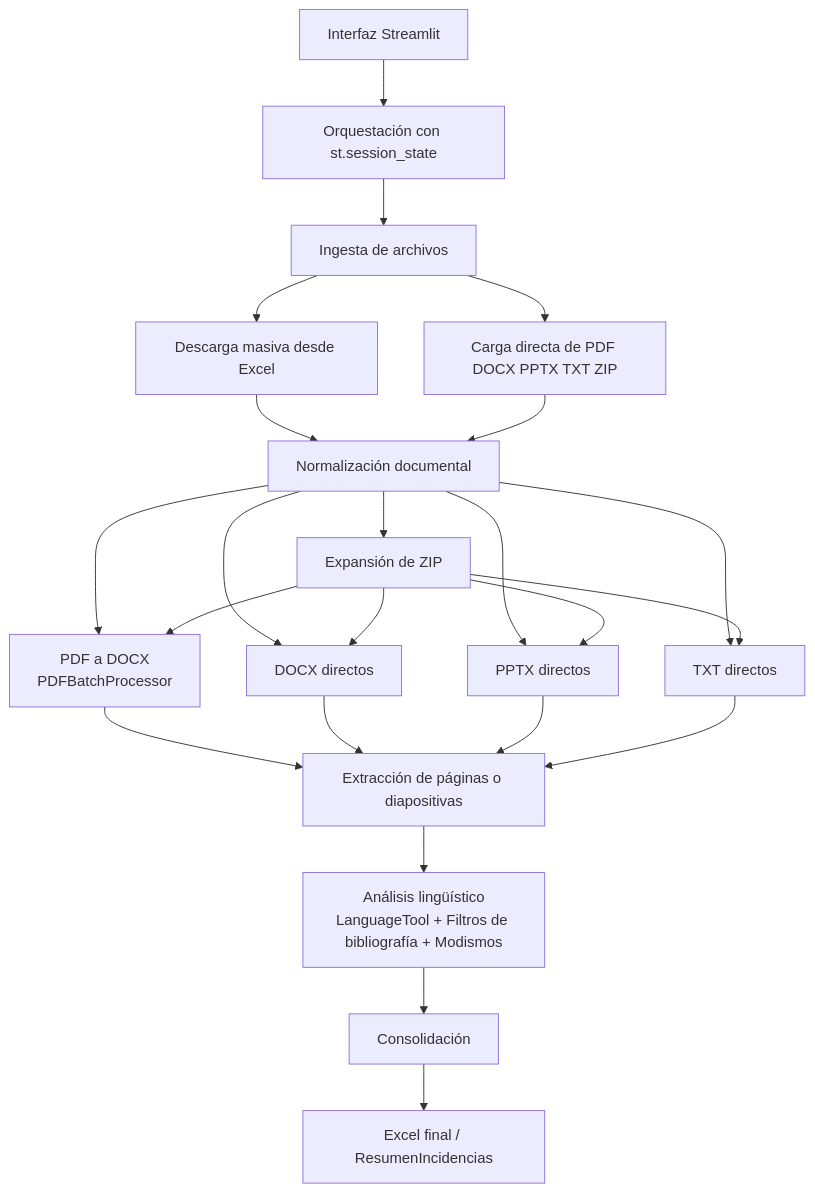
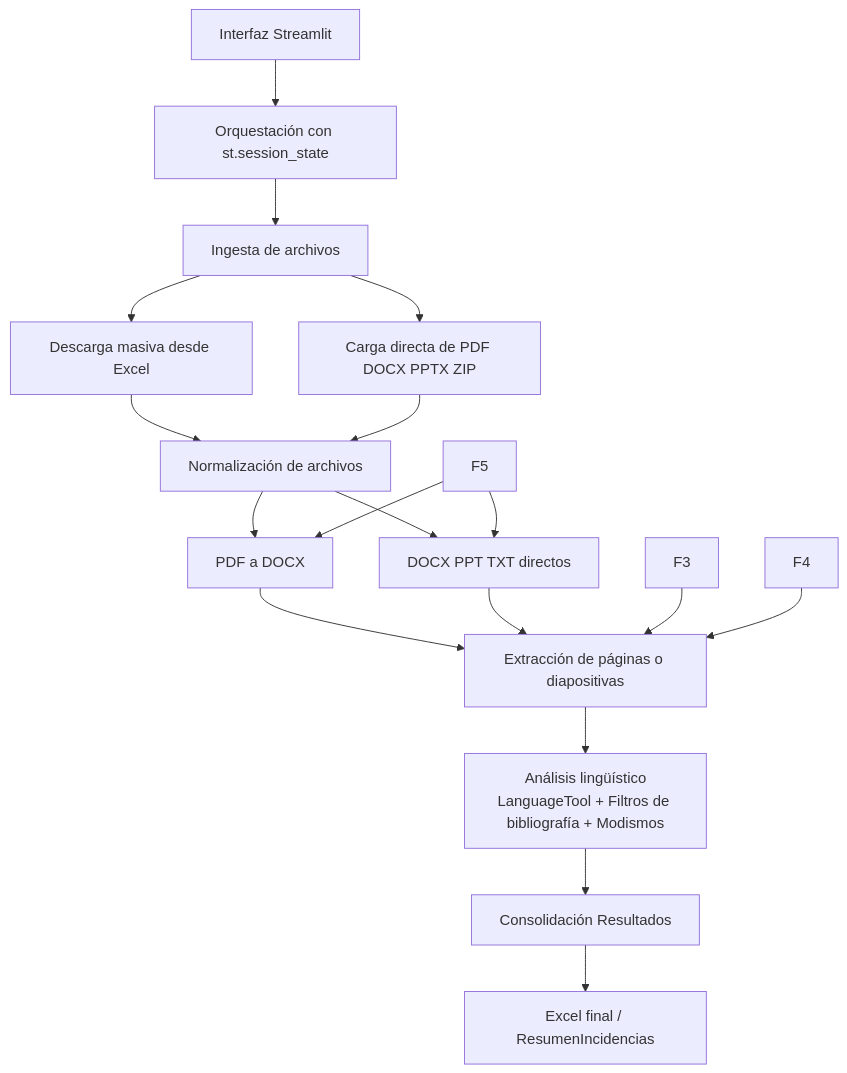
The diagram in README.md (joseluisantunezcondezo/UTP_GrammarScan), drawn with Mermaid before and after one commit.

Commit message:
README.md

````diff
--- a/README.md
+++ b/README.md
@@ -140,27 +140,21 @@
 ```mermaid
 flowchart TD
     A[Interfaz Streamlit] --> B[Orquestación con st.session_state]
     B --> C[Ingesta de archivos]
     C --> D1[Descarga masiva desde Excel]
-    C --> D2[Carga directa de PDF DOCX PPTX TXT ZIP]
-    D1 --> E[Normalización documental]
+    C --> D2[Carga directa de PDF DOCX PPTX ZIP]
+    D1 --> E[Normalización de archivos]
     D2 --> E
-    E --> F1[PDF a DOCX
-PDFBatchProcessor]
-    E --> F2[DOCX directos]
-    E --> F3[PPTX directos]
-    E --> F4[TXT directos]
-    E --> F5[Expansión de ZIP]
+    E --> F1[PDF a DOCX]
+    E --> F2[DOCX PPT TXT  directos]
     F5 --> F1
     F5 --> F2
-    F5 --> F3
-    F5 --> F4
     F1 --> G[Extracción de páginas o diapositivas]
     F2 --> G
     F3 --> G
     F4 --> G
     G --> H[Análisis lingüístico
 LanguageTool + Filtros de bibliografía + Modismos]
-    H --> I[Consolidación]
+    H --> I[Consolidación Resultados]
     I --> J[Excel final / ResumenIncidencias]
 ```
````
